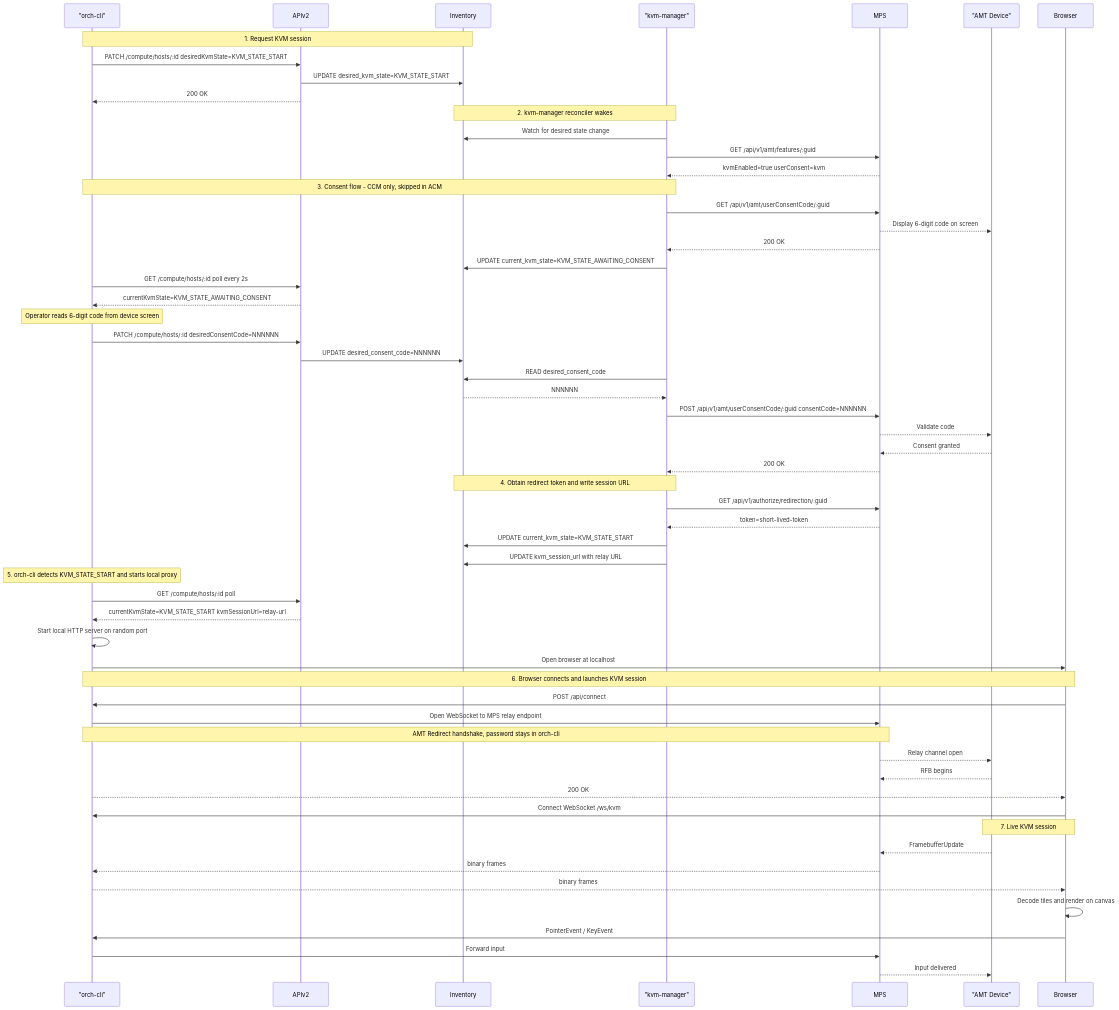
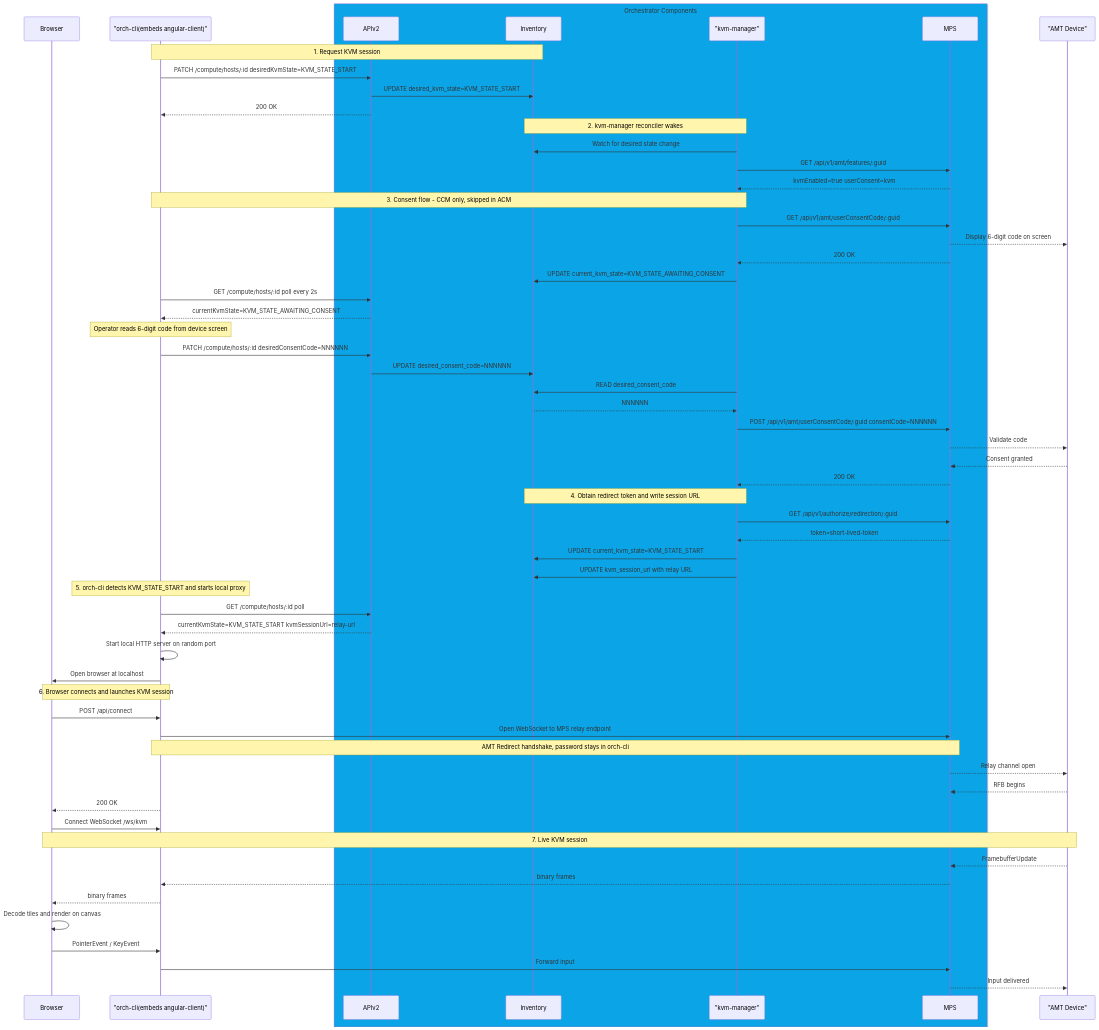
One commit to open-edge-platform/edge-manageability-framework changed the first of 2 diagrams in design-proposals/vpro_sol_kvm.md. Above: the diagram before and after it, drawn with Mermaid. The commit also changed other lines of this file, not shown here.

````diff
--- a/design-proposals/vpro_sol_kvm.md
+++ b/design-proposals/vpro_sol_kvm.md
@@ -316,70 +316,73 @@
 ```mermaid
 sequenceDiagram
-    participant CLI as "orch-cli"
+    participant Browser as Browser
+    participant CLI as "orch-cli(embeds angular-client)"
+box rgba(11, 164, 230, 1) Orchestrator Components
     participant APIV2 as APIv2
     participant INV as Inventory
     participant DM as "kvm-manager"
     participant MPS as MPS
+end
     participant AMT as "AMT Device"
-    participant Browser as Browser
+    
 
     Note over CLI,INV: 1. Request KVM session
     CLI->>APIV2: PATCH /compute/hosts/:id desiredKvmState=KVM_STATE_START
     APIV2->>INV: UPDATE desired_kvm_state=KVM_STATE_START
     APIV2-->>CLI: 200 OK
 
     Note over DM,INV: 2. kvm-manager reconciler wakes
     DM->>INV: Watch for desired state change
     DM->>MPS: GET /api/v1/amt/features/:guid
     MPS-->>DM: kvmEnabled=true userConsent=kvm
 
     Note over DM,CLI: 3. Consent flow - CCM only, skipped in ACM
     DM->>MPS: GET /api/v1/amt/userConsentCode/:guid
     MPS-->>AMT: Display 6-digit code on screen
     MPS-->>DM: 200 OK
     DM->>INV: UPDATE current_kvm_state=KVM_STATE_AWAITING_CONSENT
 
     CLI->>APIV2: GET /compute/hosts/:id poll every 2s
     APIV2-->>CLI: currentKvmState=KVM_STATE_AWAITING_CONSENT
 
     Note over CLI: Operator reads 6-digit code from device screen
     CLI->>APIV2: PATCH /compute/hosts/:id desiredConsentCode=NNNNNN
     APIV2->>INV: UPDATE desired_consent_code=NNNNNN
 
     DM->>INV: READ desired_consent_code
     INV-->>DM: NNNNNN
     DM->>MPS: POST /api/v1/amt/userConsentCode/:guid consentCode=NNNNNN
     MPS-->>AMT: Validate code
     AMT-->>MPS: Consent granted
     MPS-->>DM: 200 OK
 
     Note over DM,INV: 4. Obtain redirect token and write session URL
     DM->>MPS: GET /api/v1/authorize/redirection/:guid
     MPS-->>DM: token=short-lived-token
     DM->>INV: UPDATE current_kvm_state=KVM_STATE_START
     DM->>INV: UPDATE kvm_session_url with relay URL
 
     Note over CLI: 5. orch-cli detects KVM_STATE_START and starts local proxy
     CLI->>APIV2: GET /compute/hosts/:id poll
     APIV2-->>CLI: currentKvmState=KVM_STATE_START kvmSessionUrl=relay-url
     CLI->>CLI: Start local HTTP server on random port
     CLI->>Browser: Open browser at localhost
 
     Note over Browser,CLI: 6. Browser connects and launches KVM session
     Browser->>CLI: POST /api/connect
     CLI->>MPS: Open WebSocket to MPS relay endpoint
     Note over CLI,MPS: AMT Redirect handshake, password stays in orch-cli
     MPS-->>AMT: Relay channel open
     AMT-->>MPS: RFB begins
     CLI-->>Browser: 200 OK
     Browser->>CLI: Connect WebSocket /ws/kvm
 
     Note over Browser,AMT: 7. Live KVM session
     AMT-->>MPS: FramebufferUpdate
     MPS-->>CLI: binary frames
     CLI-->>Browser: binary frames
     Browser->>Browser: Decode tiles and render on canvas
     Browser->>CLI: PointerEvent / KeyEvent
     CLI->>MPS: Forward input
     MPS-->>AMT: Input delivered
 ```
````
